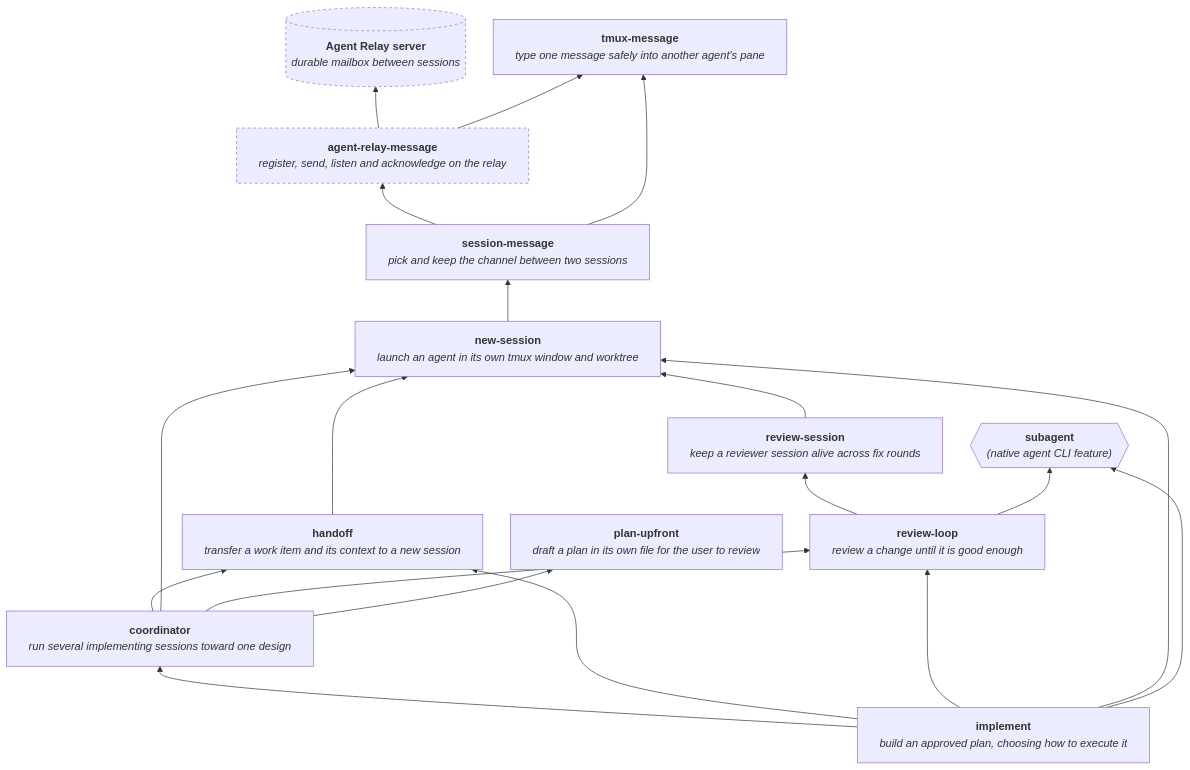
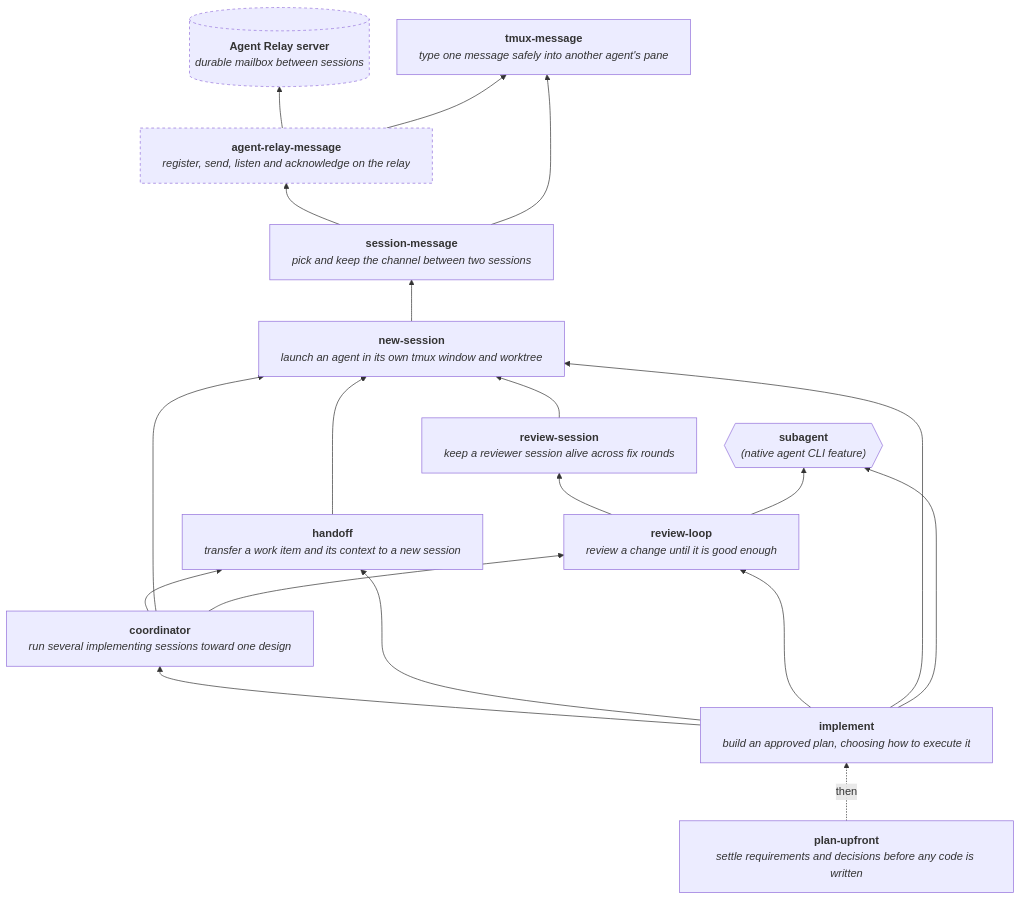
One commit to bellatechnica/agent-skills changed the diagram in README.md. Above: the diagram before and after it, drawn with Mermaid. The commit also changed other lines of this file, not shown here.

First line of the commit message:
Draw plan-upfront as the step before implement in the README chart

````diff
--- a/README.md
+++ b/README.md
@@ -24,45 +27,45 @@
 ```mermaid
 ---
 config:
   flowchart:
     wrappingWidth: 420
     padding: 16
     nodeSpacing: 40
     rankSpacing: 60
 ---
 graph BT
     relay[("<b>Agent Relay server</b><br/><i>durable mailbox between sessions</i>")]
     arm["<b>agent-relay-message</b><br/><i>register, send, listen and acknowledge on the relay</i>"]
     tmux["<b>tmux-message</b><br/><i>type one message safely into another agent's pane</i>"]
     sm["<b>session-message</b><br/><i>pick and keep the channel between two sessions</i>"]
     ns["<b>new-session</b><br/><i>launch an agent in its own tmux window and worktree</i>"]
     sub{{"<b>subagent</b><br/><i>(native agent CLI feature)</i>"}}
     handoff["<b>handoff</b><br/><i>transfer a work item and its context to a new session</i>"]
     rs["<b>review-session</b><br/><i>keep a reviewer session alive across fix rounds</i>"]
-    pu["<b>plan-upfront</b><br/><i>draft a plan in its own file for the user to review</i>"]
+    pu["<b>plan-upfront</b><br/><i>settle requirements and decisions before any code is written</i>"]
     rl["<b>review-loop</b><br/><i>review a change until it is good enough</i>"]
     coord["<b>coordinator</b><br/><i>run several implementing sessions toward one design</i>"]
     impl["<b>implement</b><br/><i>build an approved plan, choosing how to execute it</i>"]
 
     arm --> relay
     sm --> arm
     sm --> tmux
     arm --> tmux
     ns --> sm
     handoff --> ns
     rs --> ns
     rl --> rs
     rl --> sub
     coord --> handoff
     coord --> ns
     coord --> rl
-    coord --> pu
     impl --> coord
     impl --> handoff
     impl --> rl
     impl --> ns
     impl --> sub
+    pu -. then .-> impl
 
     classDef external stroke-dasharray: 4 4
     class relay,arm external
 ```
````
